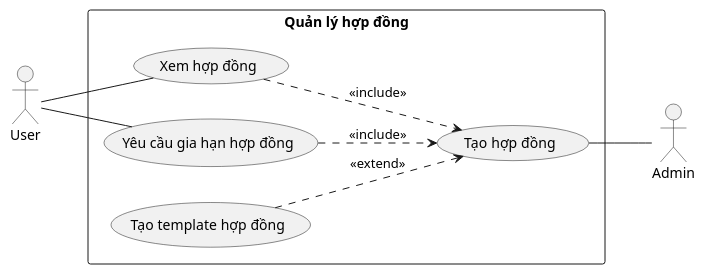
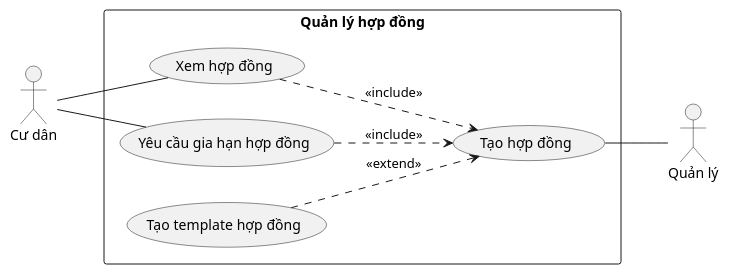
Before and after one commit to QuickyBooster/SE357-Pratice-class: the diagram in Lab1/Lab1.2/Usecase/Quản lý hợp đồng.plantuml, drawn with PlantUML. The commit also changed 19 other files, not shown here.

```diff
--- a/Lab1/Lab1.2/Usecase/Quản lý hợp đồng.plantuml
+++ b/Lab1/Lab1.2/Usecase/Quản lý hợp đồng.plantuml
@@ -1,21 +1,21 @@
 @startuml
 left to right direction
 
-actor Admin as C
-actor User as U
+actor "Quản lý" as C
+actor "Cư dân" as U
 rectangle "Quản lý hợp đồng" {
   usecase (Tạo hợp đồng) as UC2
   usecase (Xem hợp đồng) as UC1
   usecase (Yêu cầu gia hạn hợp đồng) as UC8
 
   usecase (Tạo template hợp đồng) as UC4
 }
 
 U--UC1
 U -- UC8
 UC2 -- C
 UC4 ..>UC2:<<extend>>
 UC1 ..>UC2:<<include>>
 UC8 ..>UC2:<<include>>
 
 @enduml
```
